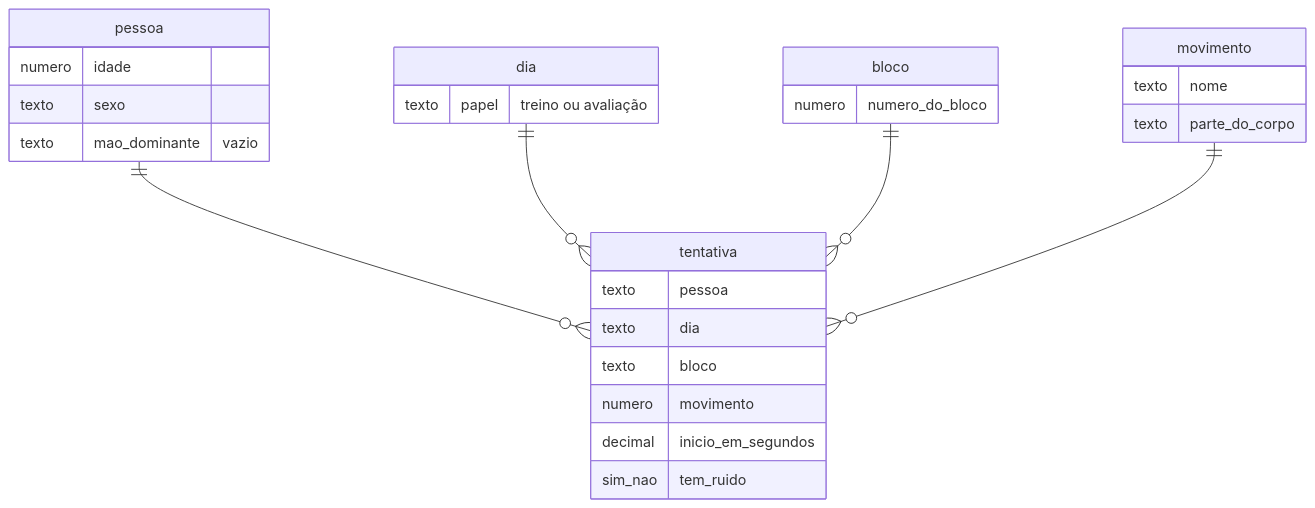
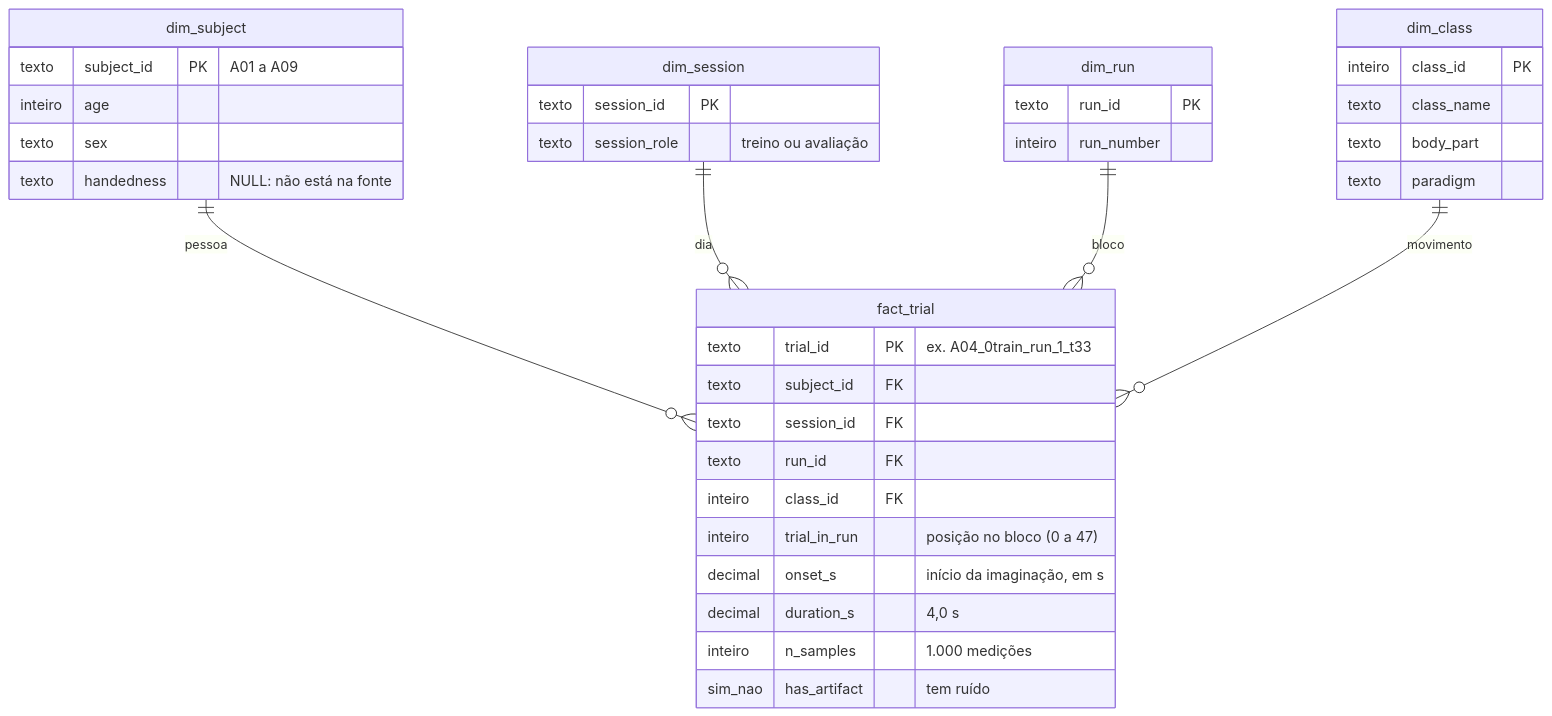
The third of 7 diagrams in README.md (kafb04/data-engineering-multimodal-ai), drawn with Mermaid before and after one commit. The commit also changed other lines of this file, not shown here.

````diff
--- a/README.md
+++ b/README.md
@@ -54,31 +105,40 @@
 ```mermaid
 erDiagram
-    pessoa    ||--o{ tentativa : ""
-    dia       ||--o{ tentativa : ""
-    bloco     ||--o{ tentativa : ""
-    movimento ||--o{ tentativa : ""
+    dim_subject ||--o{ fact_trial : "pessoa"
+    dim_session ||--o{ fact_trial : "dia"
+    dim_run     ||--o{ fact_trial : "bloco"
+    dim_class   ||--o{ fact_trial : "movimento"
 
-    tentativa {
-        texto   pessoa
-        texto   dia
-        texto   bloco
-        numero  movimento
-        decimal inicio_em_segundos
-        sim_nao tem_ruido
+    fact_trial {
+        texto   trial_id PK "ex. A04_0train_run_1_t33"
+        texto   subject_id FK
+        texto   session_id FK
+        texto   run_id FK
+        inteiro class_id FK
+        inteiro trial_in_run "posição no bloco (0 a 47)"
+        decimal onset_s "início da imaginação, em s"
+        decimal duration_s "4,0 s"
+        inteiro n_samples "1.000 medições"
+        sim_nao has_artifact "tem ruído"
     }
-    pessoa {
-        numero idade
-        texto  sexo
-        texto  mao_dominante "vazio"
+    dim_subject {
+        texto   subject_id PK "A01 a A09"
+        inteiro age
+        texto   sex
+        texto   handedness "NULL: não está na fonte"
     }
-    movimento {
-        texto nome
-        texto parte_do_corpo
+    dim_class {
+        inteiro class_id PK
+        texto   class_name
+        texto   body_part
+        texto   paradigm
     }
-    dia {
-        texto papel "treino ou avaliação"
+    dim_session {
+        texto session_id PK
+        texto session_role "treino ou avaliação"
     }
-    bloco {
-        numero numero_do_bloco
+    dim_run {
+        texto   run_id PK
+        inteiro run_number
     }
 ```
````
